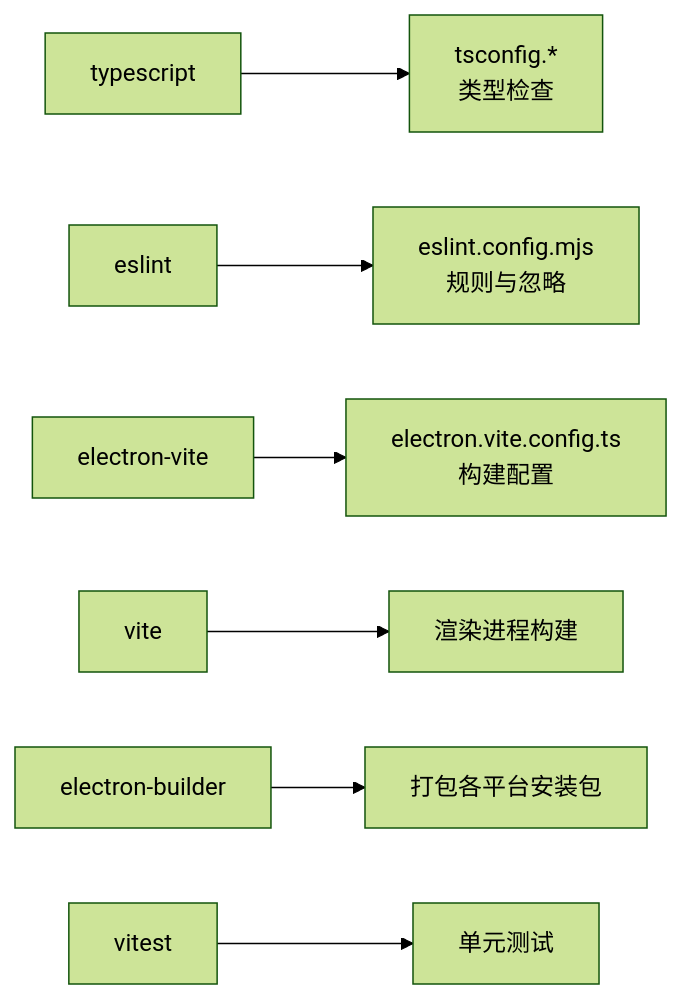
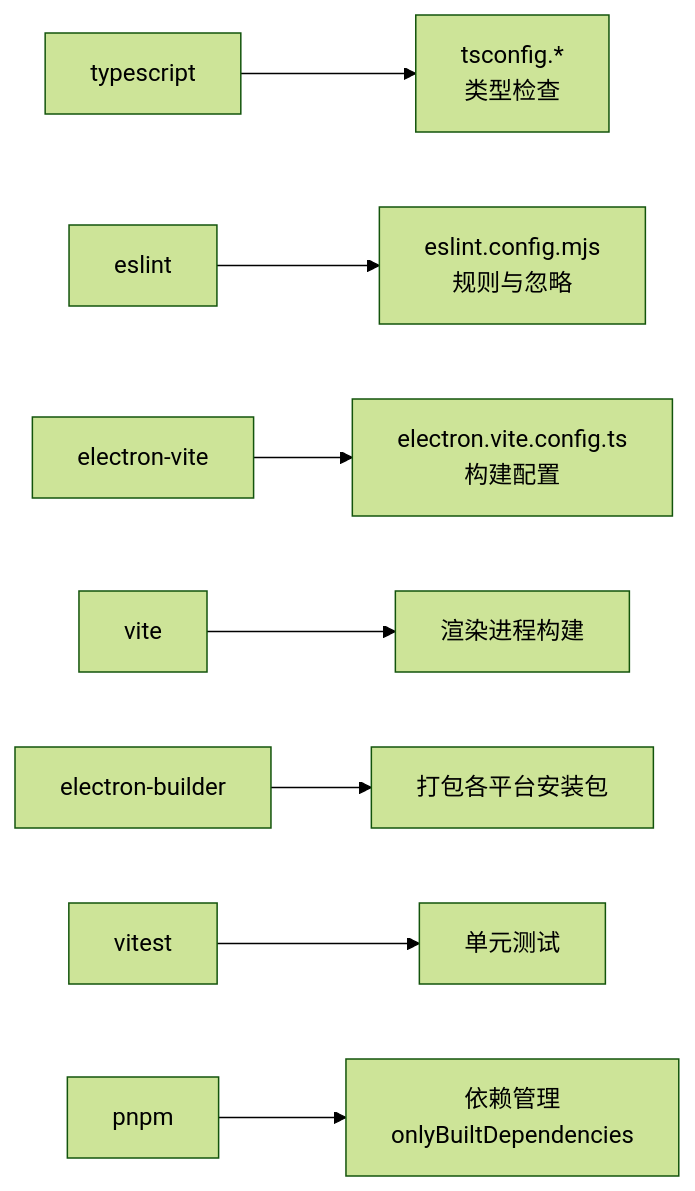
Before and after one commit to hozeeee/script-box: the seventh of 7 diagrams in .qoder/repowiki/zh/content/构建与部署/开发环境搭建.md, drawn with Mermaid (forest theme). The commit also changed other lines of this file and 76 other files, not shown here.

````diff
--- a/.qoder/repowiki/zh/content/构建与部署/开发环境搭建.md
+++ b/.qoder/repowiki/zh/content/构建与部署/开发环境搭建.md
@@ -253,9 +275,10 @@
 ```mermaid
 graph LR
 TS["typescript"] --> TC["tsconfig.*<br/>类型检查"]
 ESL["eslint"] --> EC["eslint.config.mjs<br/>规则与忽略"]
 EV["electron-vite"] --> CFG["electron.vite.config.ts<br/>构建配置"]
 VITE["vite"] --> REND["渲染进程构建"]
 EB["electron-builder"] --> PKG["打包各平台安装包"]
 VT["vitest"] --> TEST["单元测试"]
+PNPM["pnpm"] --> DEPS["依赖管理<br/>onlyBuiltDependencies"]
 ```
````
